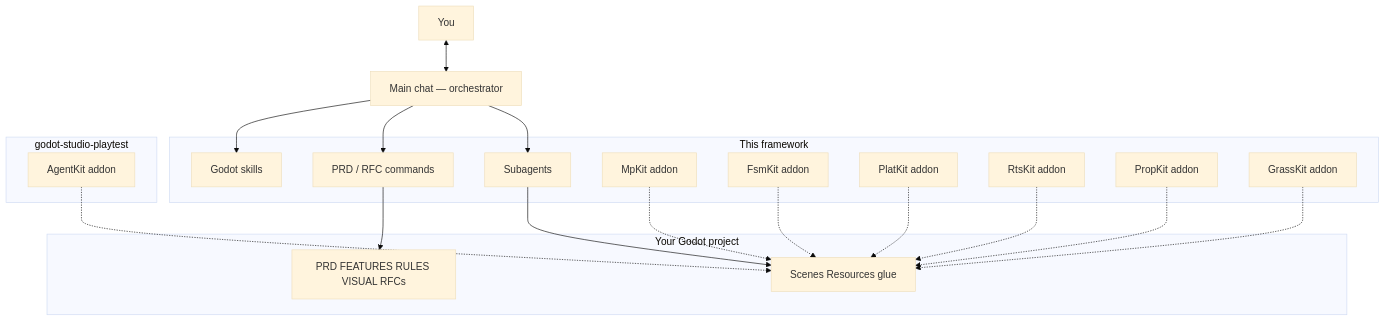
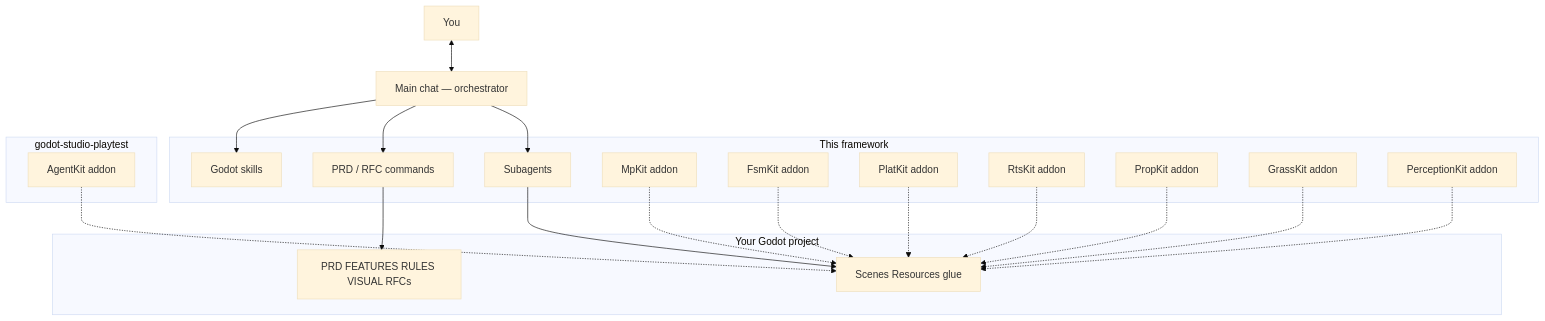
One commit to Joelnicolass/godot-studio-skills changed the first of 4 diagrams in docs/architecture.md. Above: the diagram before and after it, drawn with Mermaid (base theme). The commit also changed other lines of this file and 71 other files, not shown here.

````diff
--- a/docs/architecture.md
+++ b/docs/architecture.md
@@ -9,41 +9,43 @@
 ```mermaid
 flowchart TB
   you[You]
   orch[Main chat — orchestrator]
 
   you <--> orch
 
   subgraph kit [This framework]
     skills[Godot skills]
     cmds[PRD / RFC commands]
     agents[Subagents]
     mpkit[MpKit addon]
     fsmkit[FsmKit addon]
     platkit[PlatKit addon]
     rtskit[RtsKit addon]
     propkit[PropKit addon]
     grasskit[GrassKit addon]
+    perceptionkit[PerceptionKit addon]
   end
 
   subgraph playtest [godot-studio-playtest]
     agentkit[AgentKit addon]
   end
 
   subgraph game [Your Godot project]
     arts[PRD FEATURES RULES VISUAL RFCs]
     code[Scenes Resources glue]
   end
 
   orch --> skills
   orch --> cmds
   cmds --> arts
   orch --> agents
   agents --> code
   mpkit -.-> code
   agentkit -.-> code
   fsmkit -.-> code
   platkit -.-> code
   rtskit -.-> code
   propkit -.-> code
   grasskit -.-> code
+  perceptionkit -.-> code
 ```
````
